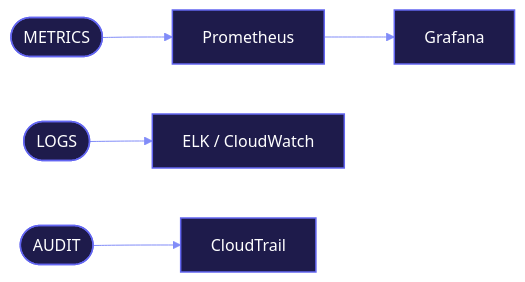
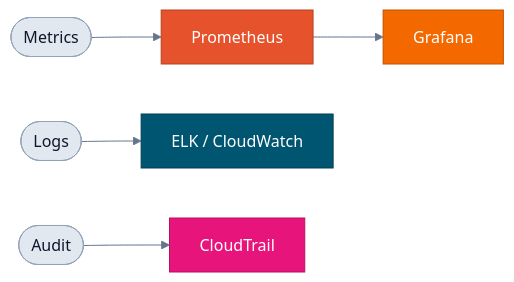
Before and after one commit to Rohit-1920/Rohit-1920: the sixth of 6 diagrams in README.md, drawn with Mermaid. The commit also changed other lines of this file, not shown here.

````diff
--- a/README.md
+++ b/README.md
@@ -311,15 +277,17 @@
 ```mermaid
-%%{init: {'theme':'base','themeVariables':{'fontFamily':'Inter, ui-sans-serif, system-ui, sans-serif','lineColor':'#818CF8','textColor':'#E2E8F0','edgeLabelBackground':'#1E1B4B','primaryTextColor':'#FFFFFF'}}}%%
+%%{init: {'theme':'base','themeVariables':{'fontFamily':'Inter, ui-sans-serif, system-ui, sans-serif','lineColor':'#64748B','primaryTextColor':'#FFFFFF'}}}%%
 flowchart LR
-  M(["METRICS"]) --> P["Prometheus"] --> G["Grafana"]
-  L(["LOGS"]) --> E["ELK / CloudWatch"]
-  A(["AUDIT"]) --> C["CloudTrail"]
-classDef aws fill:#1E1B4B,stroke:#6366F1,color:#FFF,stroke-width:1.5px
-classDef k8s fill:#4338CA,stroke:#C7D2FE,color:#FFF,stroke-width:1.5px
-classDef ci fill:#1E1B4B,stroke:#6366F1,color:#FFF,stroke-width:1.5px
-classDef iac fill:#1E1B4B,stroke:#6366F1,color:#FFF,stroke-width:1.5px
-classDef obs fill:#1E1B4B,stroke:#6366F1,color:#FFF,stroke-width:1.5px
-classDef sec fill:#1E1B4B,stroke:#6366F1,color:#FFF,stroke-width:1.5px
-classDef neu fill:#0F0D2E,stroke:#4F46E5,color:#FFF,stroke-width:1.5px
-class M,P,G,L,E,A,C obs
+  M(["Metrics"]) --> P["Prometheus"] --> G["Grafana"]
+  L(["Logs"]) --> E["ELK / CloudWatch"]
+  A(["Audit"]) --> C["CloudTrail"]
+  classDef prom fill:#E6522C,stroke:#B8411F,color:#FFFFFF
+  classDef graf fill:#F46800,stroke:#C25300,color:#FFFFFF
+  classDef elk fill:#005571,stroke:#003F54,color:#FFFFFF
+  classDef cw fill:#E7157B,stroke:#B80F62,color:#FFFFFF
+  classDef lbl fill:#E2E8F0,stroke:#94A3B8,color:#0F172A
+  class M,L,A lbl
+  class P prom
+  class G graf
+  class E elk
+  class C cw
 ```
````
